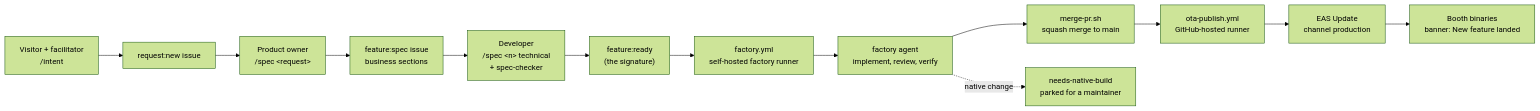
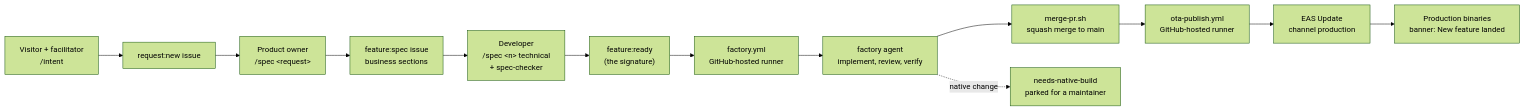
One commit to callstackincubator/apex-software-factory changed the first of 4 diagrams in docs/FACTORY.md. Above: the diagram before and after it, drawn with Mermaid (forest theme). The commit also changed other lines of this file and 11 other files, not shown here.

Commit message:
Docs describe the hosted factory (#56)

````diff
--- a/docs/FACTORY.md
+++ b/docs/FACTORY.md
@@ -41,15 +42,15 @@
 ```mermaid
 flowchart LR
     V["Visitor + facilitator<br/>/intent"] --> R["request:new issue"]
     R --> PO["Product owner<br/>/spec &lt;request&gt;"]
     PO --> FS["feature:spec issue<br/>business sections"]
     FS --> DEV["Developer<br/>/spec &lt;n&gt; technical<br/>+ spec-checker"]
     DEV --> FR["feature:ready<br/>(the signature)"]
-    FR --> FY["factory.yml<br/>self-hosted factory runner"]
+    FR --> FY["factory.yml<br/>GitHub-hosted runner"]
     FY --> AG["factory agent<br/>implement, review, verify"]
     AG --> M["merge-pr.sh<br/>squash merge to main"]
     M --> OP["ota-publish.yml<br/>GitHub-hosted runner"]
     OP --> S["EAS Update<br/>channel production"]
-    S --> P["Booth binaries<br/>banner: New feature landed"]
+    S --> P["Production binaries<br/>banner: New feature landed"]
     AG -.->|"native change"| NB["needs-native-build<br/>parked for a maintainer"]
 ```
````
